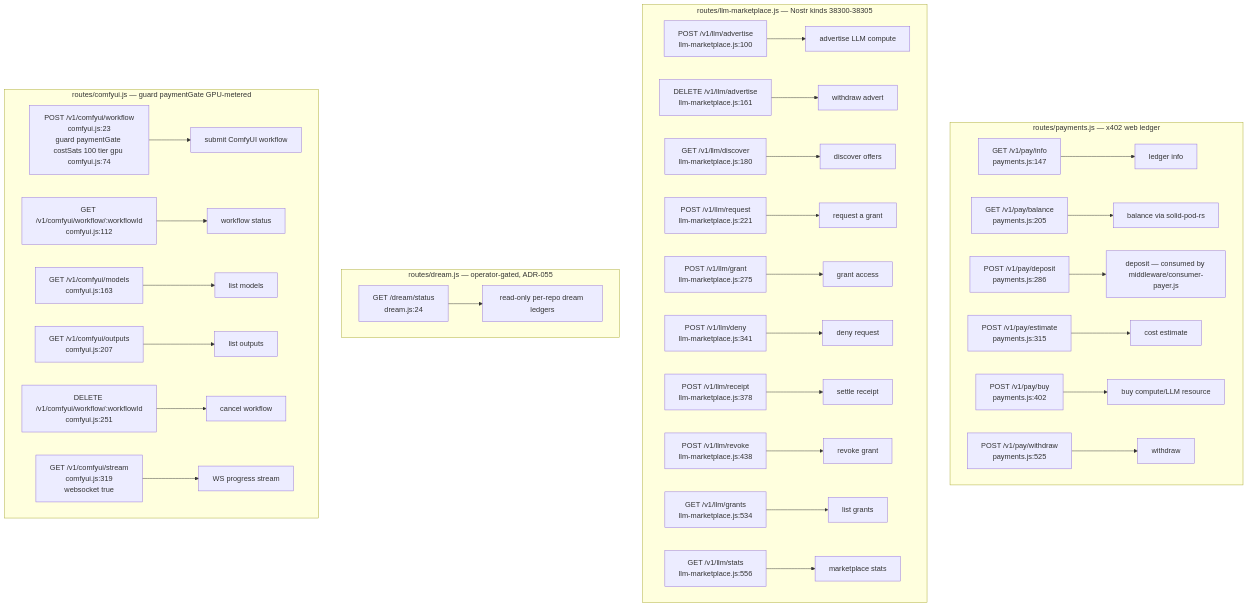
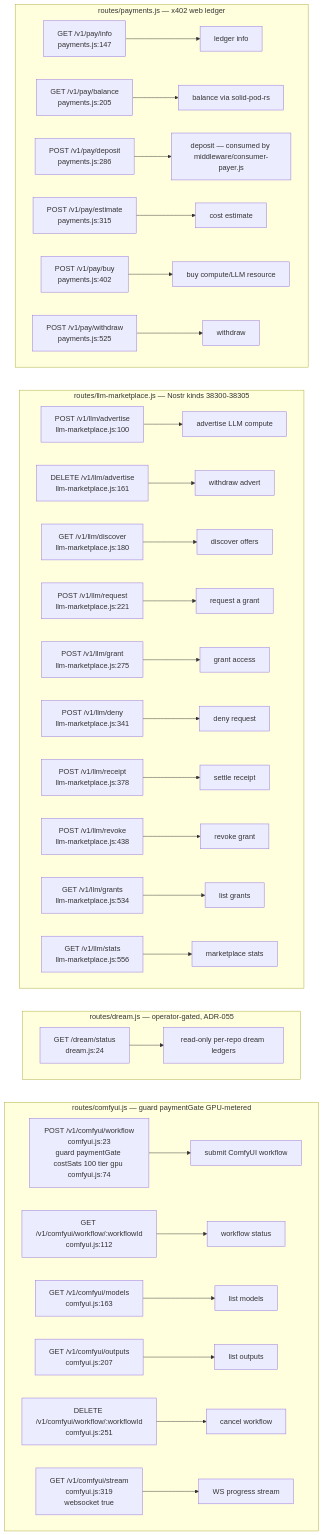
One commit to DreamLab-AI/VisionFlow changed the tenth of 17 diagrams in docs/diagrams/agentbox/03-management-api-request-lifecycle.md. Above: the diagram before and after it, drawn with Mermaid. The commit also changed other lines of this file and 160 other files, not shown here.

````diff
--- a/docs/diagrams/agentbox/03-management-api-request-lifecycle.md
+++ b/docs/diagrams/agentbox/03-management-api-request-lifecycle.md
@@ -389,34 +393,37 @@
 ```mermaid
 flowchart TD
     subgraph pay["routes/payments.js — x402 web ledger"]
         PY1["GET /v1/pay/info<br/>payments.js:147"] --> PYH1["ledger info"]
         PY2["GET /v1/pay/balance<br/>payments.js:205"] --> PYH2["balance via solid-pod-rs"]
         PY3["POST /v1/pay/deposit<br/>payments.js:286"] --> PYH3["deposit — consumed by middleware/consumer-payer.js"]
         PY4["POST /v1/pay/estimate<br/>payments.js:315"] --> PYH4["cost estimate"]
         PY5["POST /v1/pay/buy<br/>payments.js:402"] --> PYH5["buy compute/LLM resource"]
         PY6["POST /v1/pay/withdraw<br/>payments.js:525"] --> PYH6["withdraw"]
     end
     subgraph llm["routes/llm-marketplace.js — Nostr kinds 38300-38305"]
         LM1["POST /v1/llm/advertise<br/>llm-marketplace.js:100"] --> LMH1["advertise LLM compute"]
         LM2["DELETE /v1/llm/advertise<br/>llm-marketplace.js:161"] --> LMH2["withdraw advert"]
         LM3["GET /v1/llm/discover<br/>llm-marketplace.js:180"] --> LMH3["discover offers"]
         LM4["POST /v1/llm/request<br/>llm-marketplace.js:221"] --> LMH4["request a grant"]
         LM5["POST /v1/llm/grant<br/>llm-marketplace.js:275"] --> LMH5["grant access"]
         LM6["POST /v1/llm/deny<br/>llm-marketplace.js:341"] --> LMH6["deny request"]
         LM7["POST /v1/llm/receipt<br/>llm-marketplace.js:378"] --> LMH7["settle receipt"]
         LM8["POST /v1/llm/revoke<br/>llm-marketplace.js:438"] --> LMH8["revoke grant"]
         LM9["GET /v1/llm/grants<br/>llm-marketplace.js:534"] --> LMH9["list grants"]
         LM10["GET /v1/llm/stats<br/>llm-marketplace.js:556"] --> LMH10["marketplace stats"]
     end
     subgraph dream["routes/dream.js — operator-gated, ADR-055"]
         DR1["GET /dream/status<br/>dream.js:24"] --> DRH1["read-only per-repo dream ledgers"]
     end
     subgraph comfy["routes/comfyui.js — guard paymentGate GPU-metered"]
         CF1["POST /v1/comfyui/workflow<br/>comfyui.js:23<br/>guard paymentGate costSats 100 tier gpu comfyui.js:74"] --> CFH1["submit ComfyUI workflow"]
         CF2["GET /v1/comfyui/workflow/:workflowId<br/>comfyui.js:112"] --> CFH2["workflow status"]
         CF3["GET /v1/comfyui/models<br/>comfyui.js:163"] --> CFH3["list models"]
         CF4["GET /v1/comfyui/outputs<br/>comfyui.js:207"] --> CFH4["list outputs"]
         CF5["DELETE /v1/comfyui/workflow/:workflowId<br/>comfyui.js:251"] --> CFH5["cancel workflow"]
         CF6["GET /v1/comfyui/stream<br/>comfyui.js:319<br/>websocket true"] --> CFH6["WS progress stream"]
     end
+    pay ~~~ llm
+    llm ~~~ dream
+    dream ~~~ comfy
 ```
````
